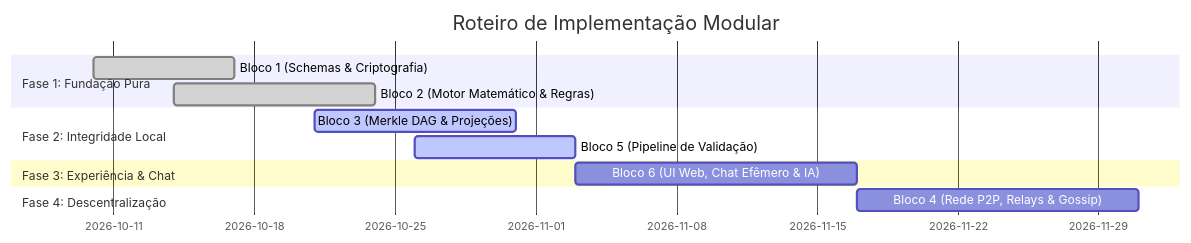
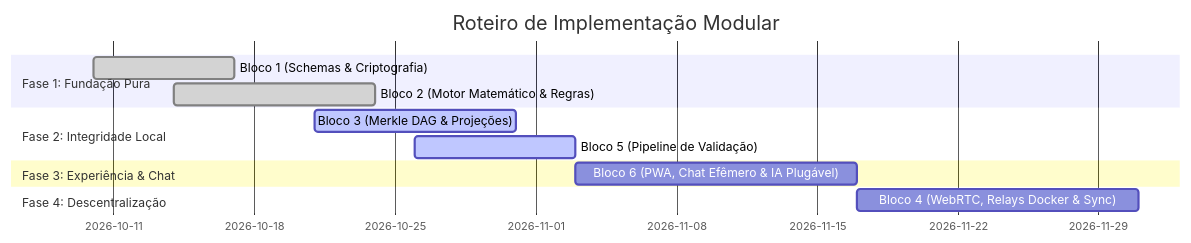
One commit to mBaiadori/sintetizing changed the second of 2 diagrams in docs/implement.md. Above: the diagram before and after it, drawn with Mermaid. The commit also changed other lines of this file and 6 other files, not shown here.

Commit message:
docs: update technical specifications for phase 3 to include PWA, Zod validation, and pluggable AI architecture

````diff
--- a/docs/implement.md
+++ b/docs/implement.md
@@ -172,15 +169,15 @@
 ```mermaid
 gantt
     title Roteiro de Implementação Modular 
     dateFormat  YYYY-MM-DD
     section Fase 1: Fundação Pura
     Bloco 1 (Schemas & Criptografia)       :done, 2026-10-10, 7d
     Bloco 2 (Motor Matemático & Regras)   :done, 2026-10-14, 10d
     section Fase 2: Integridade Local
     Bloco 3 (Merkle DAG & Projeções)       :active, 2026-10-21, 10d
     Bloco 5 (Pipeline de Validação)        :active, 2026-10-26, 8d
     section Fase 3: Experiência & Chat
-    Bloco 6 (UI Web, Chat Efêmero & IA)    :2026-11-03, 14d
+    Bloco 6 (PWA, Chat Efêmero & IA Plugável) :2026-11-03, 14d
     section Fase 4: Descentralização
-    Bloco 4 (Rede P2P, Relays & Gossip)    :2026-11-17, 14d
+    Bloco 4 (WebRTC, Relays Docker & Sync) :2026-11-17, 14d
 ```
````
